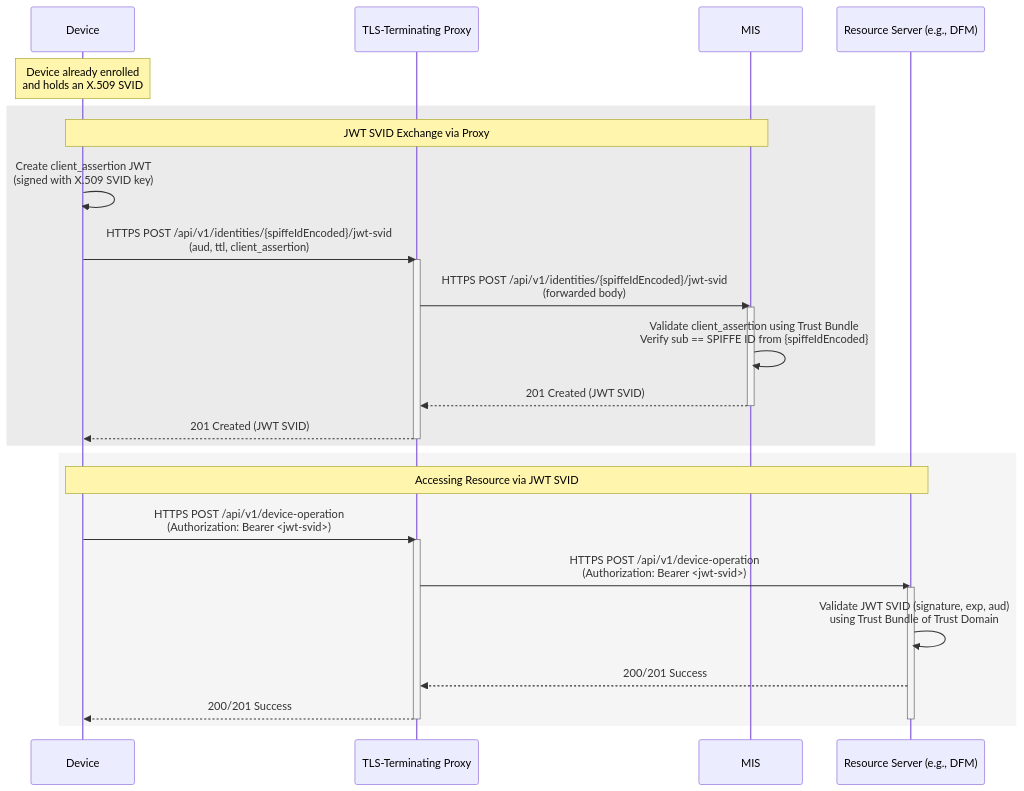
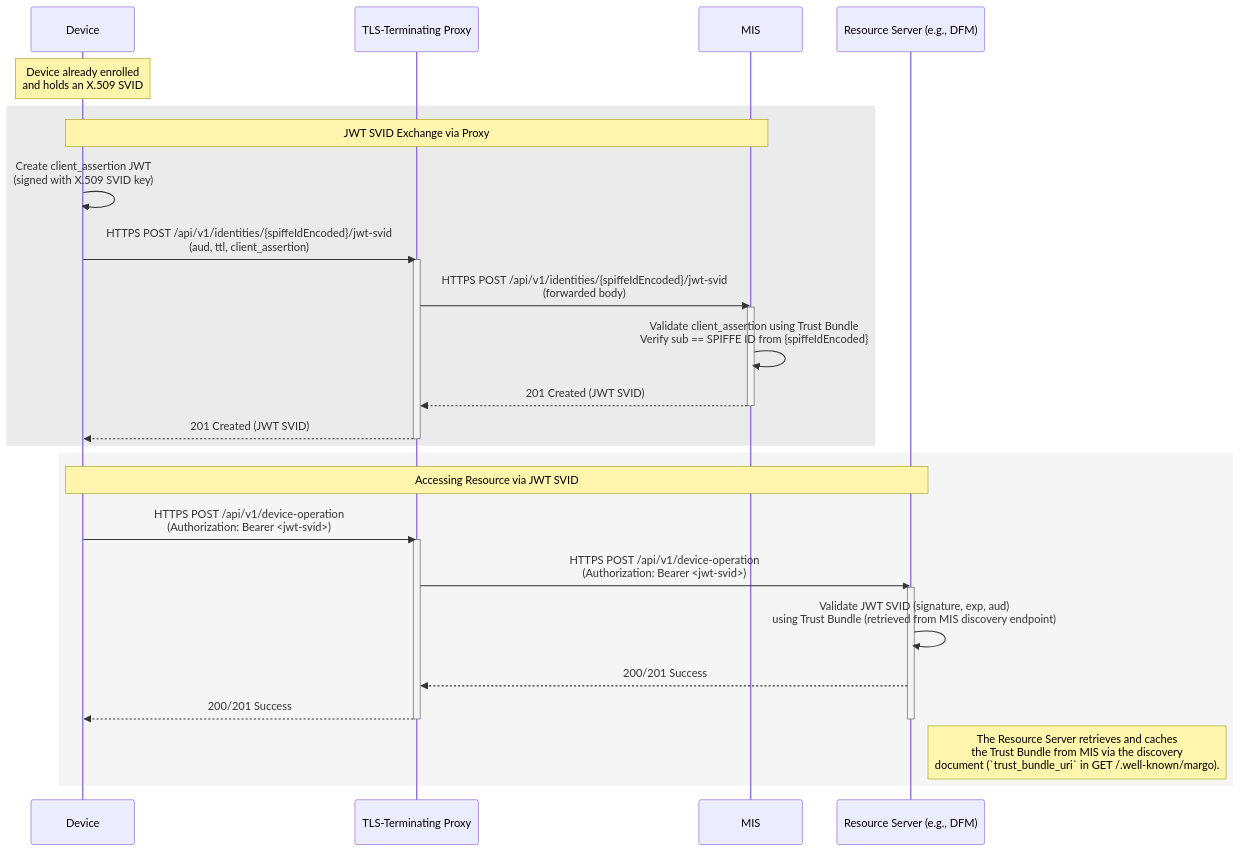
One commit to margo/specification-enhancements changed the third of 7 diagrams in proposals/margo-identity-and-authorization-framework.md. Above: the diagram before and after it, drawn with Mermaid. The commit also changed other lines of this file, not shown here.

Commit message:
docs: clarify how a resource server obtains a Trust Bundle

````diff
--- a/proposals/margo-identity-and-authorization-framework.md
+++ b/proposals/margo-identity-and-authorization-framework.md
@@ -1546,36 +1548,38 @@
 ```mermaid
 sequenceDiagram
     participant Device
     participant Proxy as TLS-Terminating Proxy
     participant MIS
     participant RS as Resource Server (e.g., DFM)
 
     note over Device: Device already enrolled<br/>and holds an X.509 SVID
 
     rect rgb(235,235,235)
         note over Device,MIS: JWT SVID Exchange via Proxy
         Device->>Device: Create client_assertion JWT<br/>(signed with X.509 SVID key)
         Device->>Proxy: HTTPS POST /api/v1/identities/{spiffeIdEncoded}/jwt-svid<br/>(aud, ttl, client_assertion)
         activate Proxy
         Proxy->>MIS: HTTPS POST /api/v1/identities/{spiffeIdEncoded}/jwt-svid<br/>(forwarded body)
         activate MIS
         MIS->>MIS: Validate client_assertion using Trust Bundle<br/>Verify sub == SPIFFE ID from {spiffeIdEncoded}
         MIS-->>Proxy: 201 Created (JWT SVID)
         deactivate MIS
         Proxy-->>Device: 201 Created (JWT SVID)
         deactivate Proxy
     end
 
     rect rgb(245,245,245)
         note over Device,RS: Accessing Resource via JWT SVID
         Device->>Proxy: HTTPS POST /api/v1/device-operation<br/>(Authorization: Bearer <jwt-svid>)
         activate Proxy
         Proxy->>RS: HTTPS POST /api/v1/device-operation<br/>(Authorization: Bearer <jwt-svid>)
         activate RS
-        RS->>RS: Validate JWT SVID (signature, exp, aud)<br/>using Trust Bundle of Trust Domain
+        RS->>RS: Validate JWT SVID (signature, exp, aud)<br/>using Trust Bundle (retrieved from MIS discovery endpoint)
         RS-->>Proxy: 200/201 Success
         Proxy-->>Device: 200/201 Success
         deactivate RS
         deactivate Proxy
+
+    note right of RS: The Resource Server retrieves and caches<br/>the Trust Bundle from MIS via the discovery<br/>document (`trust_bundle_uri` in GET /.well-known/margo).
     end
 ```
````
